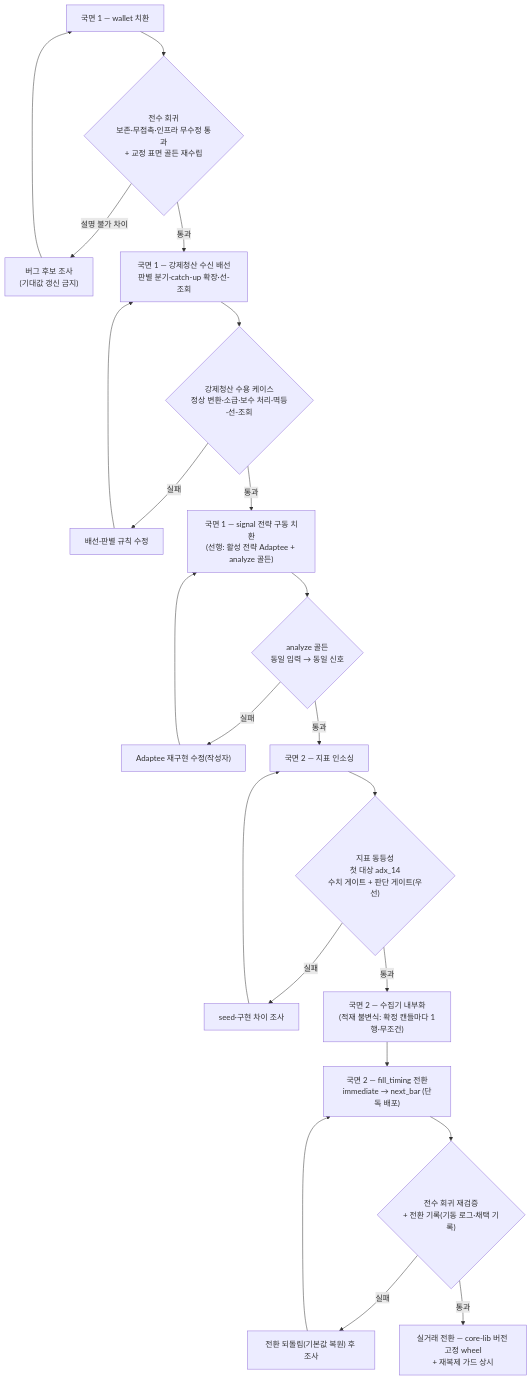
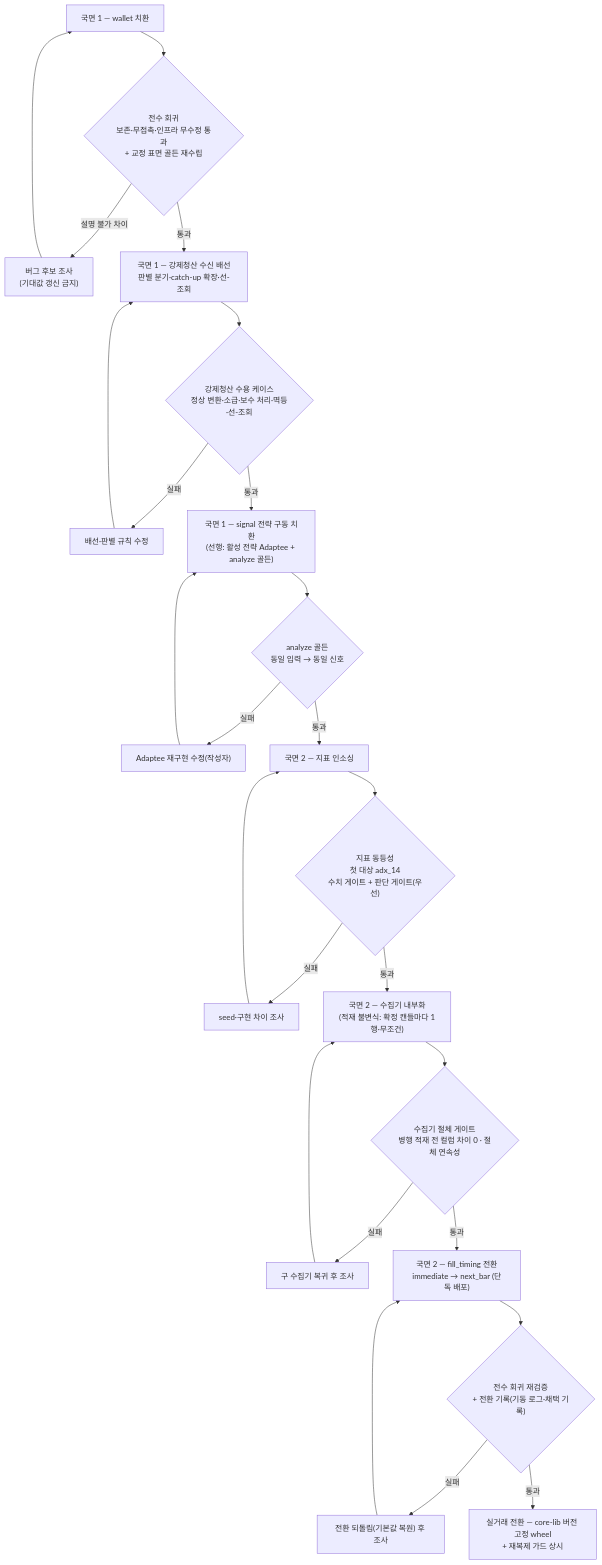
One commit to vessel35/trading-system-v2 changed diagram 28 of 28 in docs/fullspec/backtest_v2_detailed_design.md. Above: the diagram before and after it, drawn with Mermaid. The commit also changed other lines of this file, not shown here.

First line of the commit message:
docs(b-adoption): 재심 반영 — penalty 계상 규칙·수집기 절체 게이트·실행 시점 수용 등 8건(정본 5d21121 미러)

````diff
--- a/docs/fullspec/backtest_v2_detailed_design.md
+++ b/docs/fullspec/backtest_v2_detailed_design.md
@@ -3774,24 +3815,27 @@
 ```mermaid
 flowchart TD
     A["국면 1 — wallet 치환"] --> G1{"전수 회귀<br/>보존·무접촉·인프라 무수정 통과<br/>+ 교정 표면 골든 재수립"}
     G1 -->|"설명 불가 차이"| F1["버그 후보 조사<br/>(기대값 갱신 금지)"]
     F1 --> A
     G1 -->|통과| A2["국면 1 — 강제청산 수신 배선<br/>판별 분기·catch-up 확장·선-조회"]
     A2 --> G1b{"강제청산 수용 케이스<br/>정상 변환·소급·보수 처리·멱등·선-조회"}
     G1b -->|실패| F1b["배선·판별 규칙 수정"]
     F1b --> A2
     G1b -->|통과| B["국면 1 — signal 전략 구동 치환<br/>(선행: 활성 전략 Adaptee + analyze 골든)"]
     B --> G2{"analyze 골든<br/>동일 입력 → 동일 신호"}
     G2 -->|실패| F2["Adaptee 재구현 수정(작성자)"]
     F2 --> B
     G2 -->|통과| C["국면 2 — 지표 인소싱"]
     C --> G3{"지표 동등성<br/>첫 대상 adx_14<br/>수치 게이트 + 판단 게이트(우선)"}
     G3 -->|실패| F3["seed·구현 차이 조사"]
     F3 --> C
     G3 -->|통과| D["국면 2 — 수집기 내부화<br/>(적재 불변식: 확정 캔들마다 1행·무조건)"]
-    D --> E["국면 2 — fill_timing 전환<br/>immediate → next_bar (단독 배포)"]
+    D --> G3b{"수집기 절체 게이트<br/>병행 적재 전 컬럼 차이 0 · 절체 연속성"}
+    G3b -->|실패| F3b["구 수집기 복귀 후 조사"]
+    F3b --> D
+    G3b -->|통과| E["국면 2 — fill_timing 전환<br/>immediate → next_bar (단독 배포)"]
     E --> G4{"전수 회귀 재검증<br/>+ 전환 기록(기동 로그·채택 기록)"}
     G4 -->|실패| F4["전환 되돌림(기본값 복원) 후 조사"]
     F4 --> E
     G4 -->|통과| Z["실거래 전환 — core-lib 버전 고정 wheel<br/>+ 재복제 가드 상시"]
 ```
````
